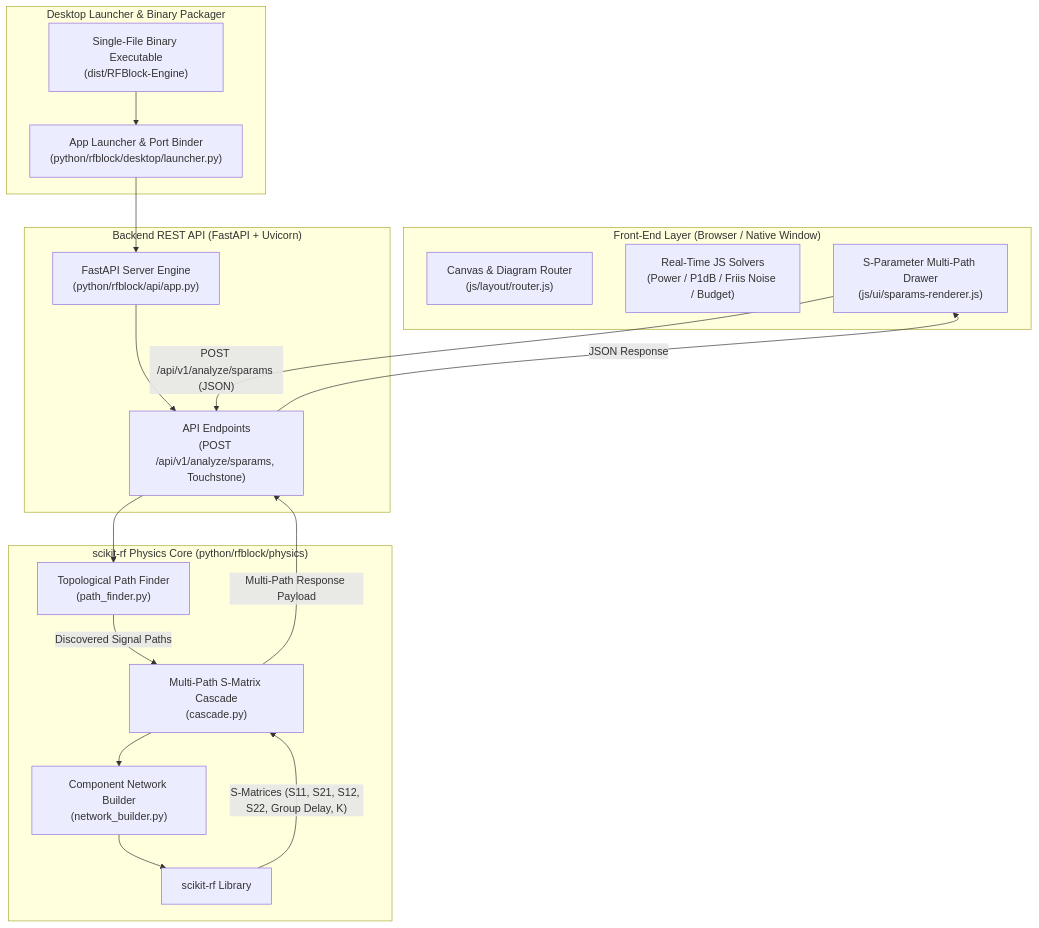
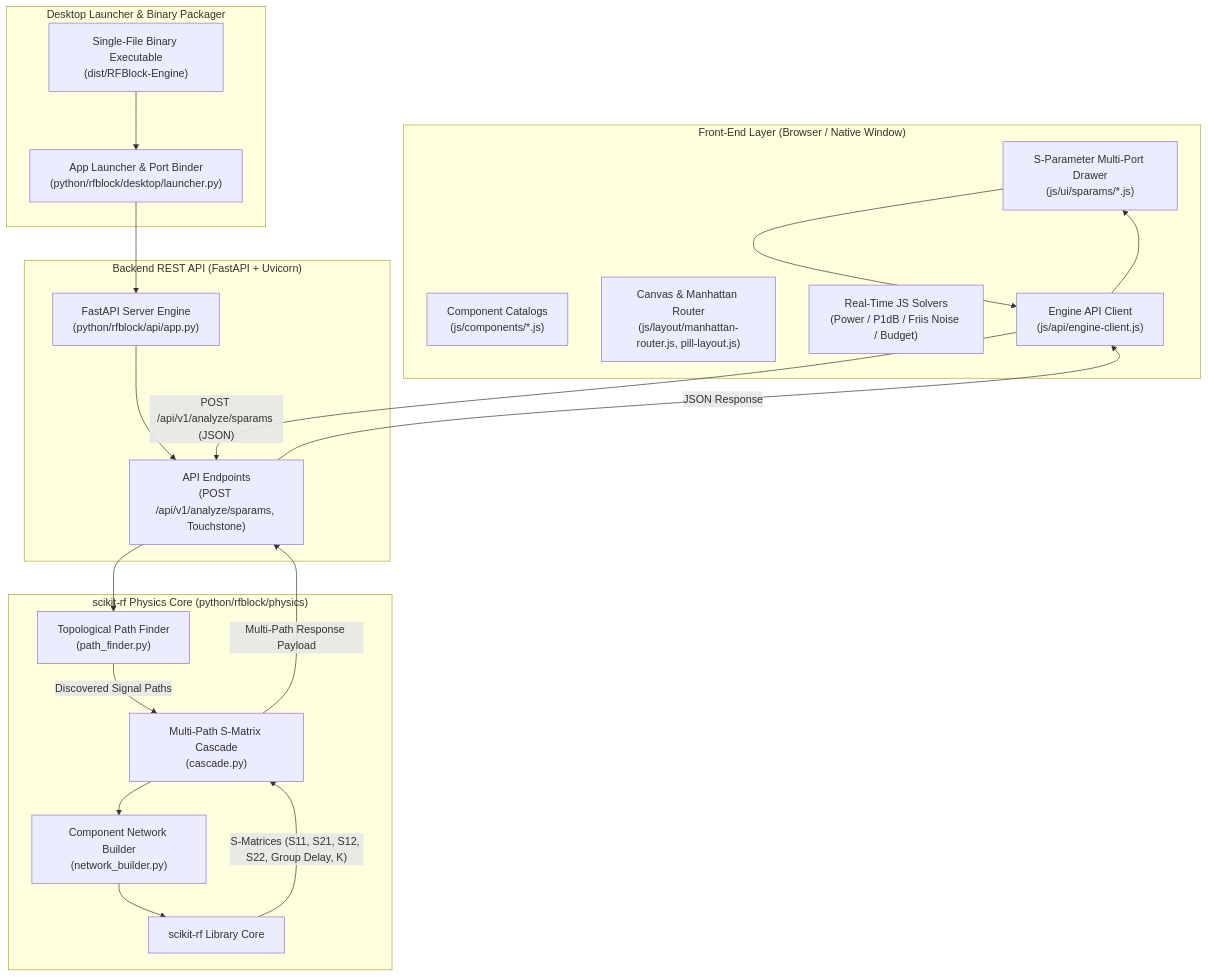
Before and after one commit to tasayi/RF-Block: the diagram in README.md, drawn with Mermaid. The commit also changed other lines of this file and 33 other files, not shown here.

````diff
--- a/README.md
+++ b/README.md
@@ -47,37 +47,41 @@
 ```mermaid
 flowchart TD
     subgraph UI ["Front-End Layer (Browser / Native Window)"]
-        Canvas["Canvas & Diagram Router<br/>(js/layout/router.js)"]
+        Components["Component Catalogs<br/>(js/components/*.js)"]
+        Canvas["Canvas & Manhattan Router<br/>(js/layout/manhattan-router.js, pill-layout.js)"]
         Solvers["Real-Time JS Solvers<br/>(Power / P1dB / Friis Noise / Budget)"]
-        Drawer["S-Parameter Multi-Path Drawer<br/>(js/ui/sparams-renderer.js)"]
+        Drawer["S-Parameter Multi-Port Drawer<br/>(js/ui/sparams/*.js)"]
+        Client["Engine API Client<br/>(js/api/engine-client.js)"]
     end
 
     subgraph Desktop ["Desktop Launcher & Binary Packager"]
         Binary["Single-File Binary Executable<br/>(dist/RFBlock-Engine)"]
         Launcher["App Launcher & Port Binder<br/>(python/rfblock/desktop/launcher.py)"]
     end
 
     subgraph API ["Backend REST API (FastAPI + Uvicorn)"]
         FastAPI["FastAPI Server Engine<br/>(python/rfblock/api/app.py)"]
         Routes["API Endpoints<br/>(POST /api/v1/analyze/sparams, Touchstone)"]
     end
 
     subgraph Physics ["scikit-rf Physics Core (python/rfblock/physics)"]
         PathFinder["Topological Path Finder<br/>(path_finder.py)"]
         NetBuilder["Component Network Builder<br/>(network_builder.py)"]
         Cascade["Multi-Path S-Matrix Cascade<br/>(cascade.py)"]
-        SKRF["scikit-rf Library"]
+        SKRF["scikit-rf Library Core"]
     end
 
-    Drawer -->|"POST /api/v1/analyze/sparams (JSON)"| Routes
+    Drawer --> Client
+    Client -->|"POST /api/v1/analyze/sparams (JSON)"| Routes
     Binary --> Launcher
     Launcher --> FastAPI
     FastAPI --> Routes
     Routes --> PathFinder
     PathFinder -->|"Discovered Signal Paths"| Cascade
     Cascade --> NetBuilder
     NetBuilder --> SKRF
     SKRF -->|"S-Matrices (S11, S21, S12, S22, Group Delay, K)"| Cascade
     Cascade -->|"Multi-Path Response Payload"| Routes
-    Routes -->|"JSON Response"| Drawer
+    Routes -->|"JSON Response"| Client
+    Client --> Drawer
 ```
````
